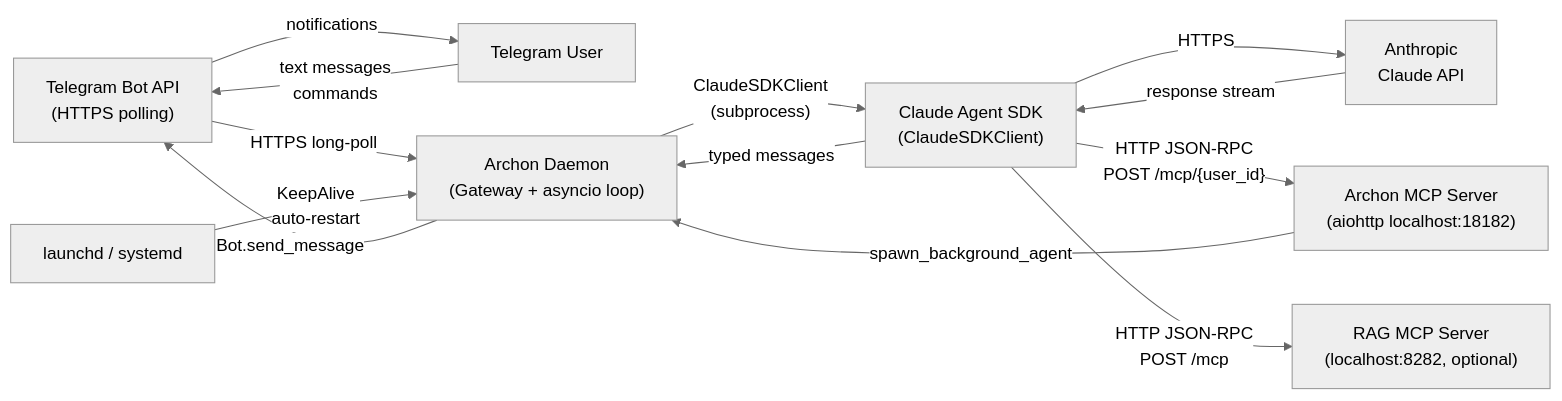
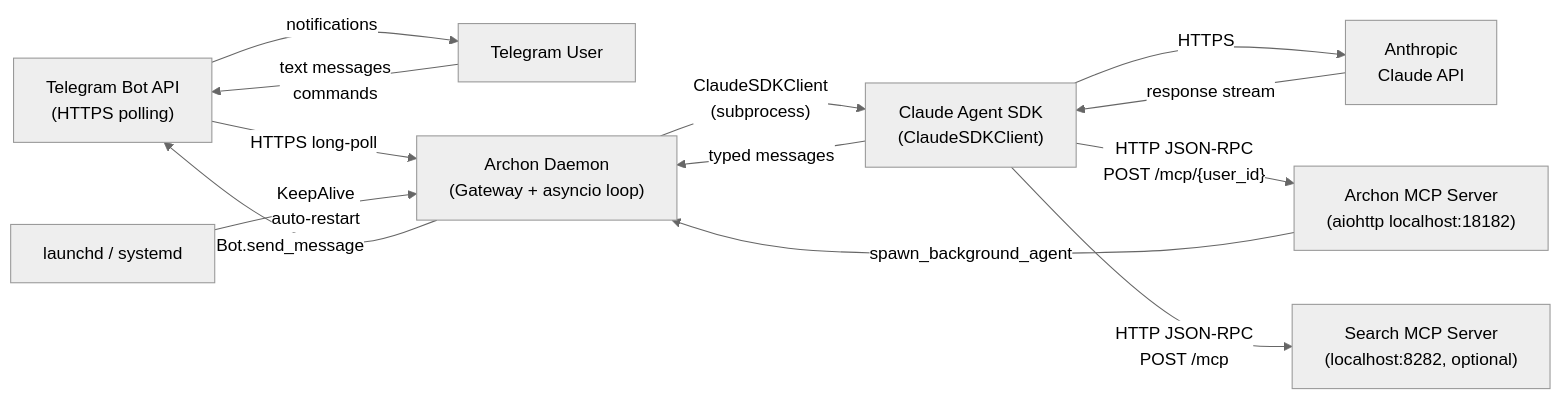
Before and after one commit to user538295/archon-assistant: the first of 8 diagrams in Documentation/Architecture/120_services_and_integration_architecture.md, drawn with Mermaid (neutral theme). The commit also changed other lines of this file and 52 other files, not shown here.

First line of the commit message:
docs: update all remaining documentation for RAG→Search rename (Task 6.2)

````diff
--- a/Documentation/Architecture/120_services_and_integration_architecture.md
+++ b/Documentation/Architecture/120_services_and_integration_architecture.md
@@ -21,28 +21,28 @@
 ```mermaid
 graph LR
     TG["Telegram Bot API<br/>(HTTPS polling)"]
     USER["Telegram User"]
     ARCHON["Archon Daemon<br/>(Gateway + asyncio loop)"]
     SDK["Claude Agent SDK<br/>(ClaudeSDKClient)"]
     CLAUDE["Anthropic<br/>Claude API"]
     MCP["Archon MCP Server<br/>(aiohttp localhost:18182)"]
-    RAG["RAG MCP Server<br/>(localhost:8282, optional)"]
+    Search["Search MCP Server<br/>(localhost:8282, optional)"]
     DAEMON["launchd / systemd"]
 
     USER -- "text messages<br/>commands" --> TG
     TG -- "HTTPS long-poll" --> ARCHON
     ARCHON -- "Bot.send_message" --> TG
     TG -- "notifications" --> USER
 
     ARCHON -- "ClaudeSDKClient<br/>(subprocess)" --> SDK
     SDK -- "HTTPS" --> CLAUDE
     CLAUDE -- "response stream" --> SDK
     SDK -- "typed messages" --> ARCHON
 
     SDK -- "HTTP JSON-RPC<br/>POST /mcp/{user_id}" --> MCP
     MCP -- "spawn_background_agent" --> ARCHON
 
-    SDK -- "HTTP JSON-RPC<br/>POST /mcp" --> RAG
+    SDK -- "HTTP JSON-RPC<br/>POST /mcp" --> Search
 
     DAEMON -- "KeepAlive<br/>auto-restart" --> ARCHON
 ```
````
